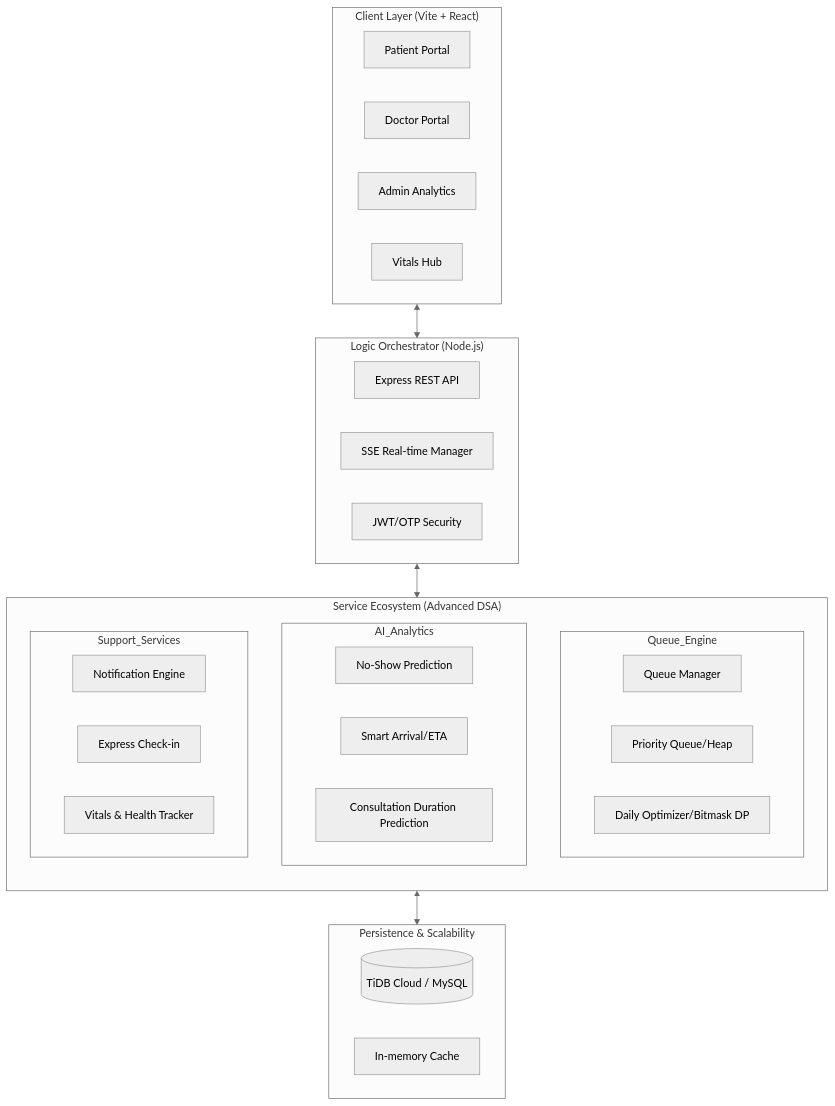
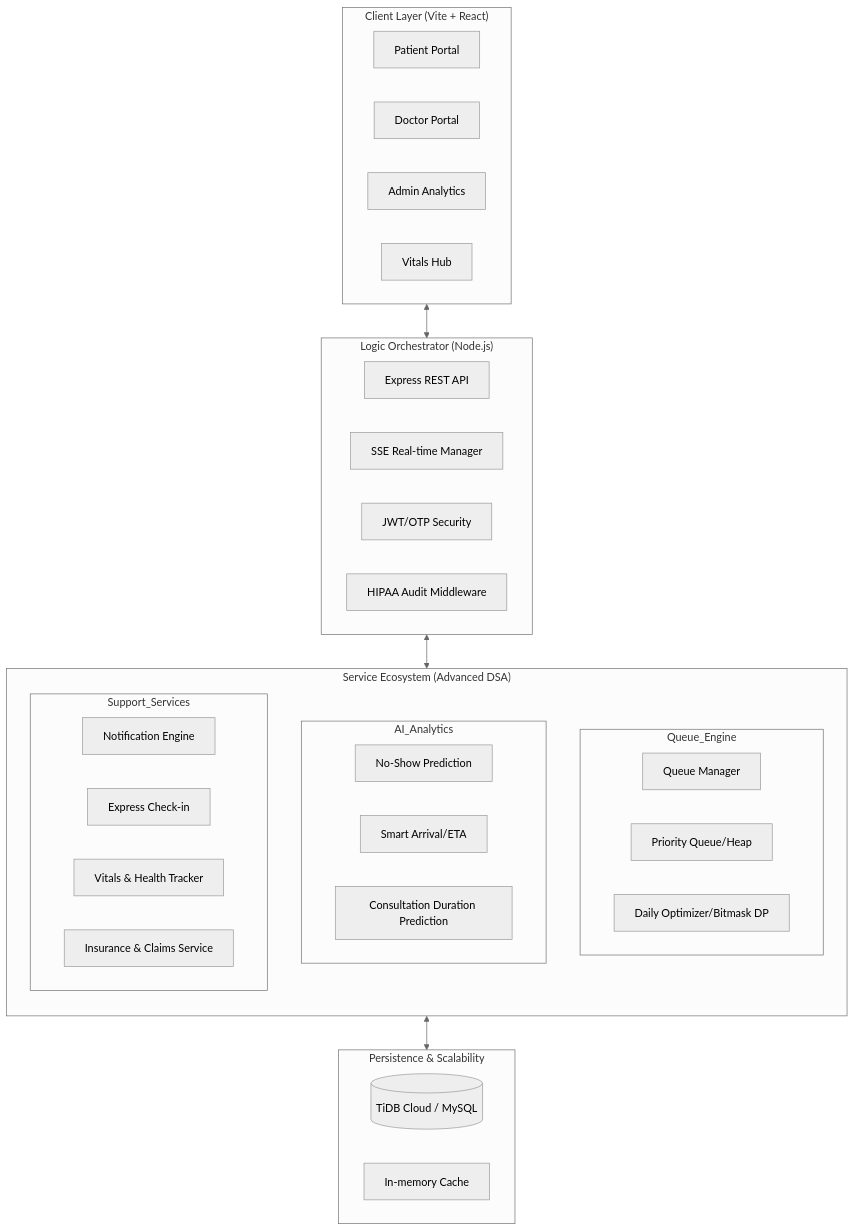
One commit to archittmittal/Patient-Appointment-Scheduling-System changed the first of 2 diagrams in README.md. Above: the diagram before and after it, drawn with Mermaid (neutral theme). The commit also changed other lines of this file and 1 other file, not shown here.

````diff
--- a/README.md
+++ b/README.md
@@ -20,44 +31,46 @@
 ```mermaid
 graph TB
     subgraph Client_Layer["Client Layer (Vite + React)"]
         direction LR
         P[Patient Portal]
         D[Doctor Portal]
         A[Admin Analytics]
         V[Vitals Hub]
     end
 
     subgraph Logic_Orchestrator["Logic Orchestrator (Node.js)"]
         API[Express REST API]
         SSE[SSE Real-time Manager]
         Auth[JWT/OTP Security]
+        Audit[HIPAA Audit Middleware]
     end
 
     subgraph Service_Ecosystem["Service Ecosystem (Advanced DSA)"]
         direction TB
         subgraph Queue_Engine
             QM[Queue Manager]
             PQ[Priority Queue/Heap]
             LO[Daily Optimizer/Bitmask DP]
         end
         subgraph AI_Analytics
             PS[No-Show Prediction]
             SA[Smart Arrival/ETA]
             DP[Consultation Duration Prediction]
         end
         subgraph Support_Services
             NS[Notification Engine]
             ES[Express Check-in]
             VS[Vitals & Health Tracker]
+            IS[Insurance & Claims Service]
         end
     end
 
     subgraph Persistence["Persistence & Scalability"]
         DB[(TiDB Cloud / MySQL)]
         Cache[In-memory Cache]
     end
 
     Client_Layer <--> Logic_Orchestrator
     Logic_Orchestrator <--> Service_Ecosystem
     Service_Ecosystem <--> Persistence
 ```
````
